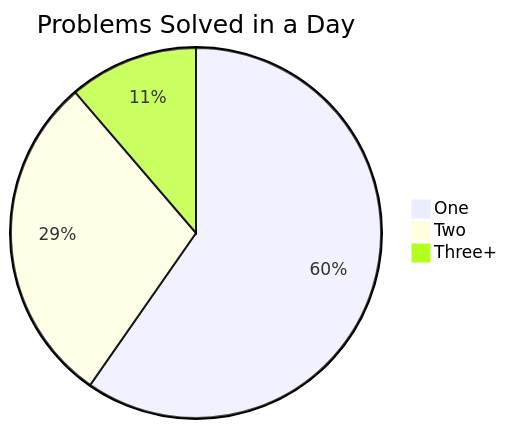
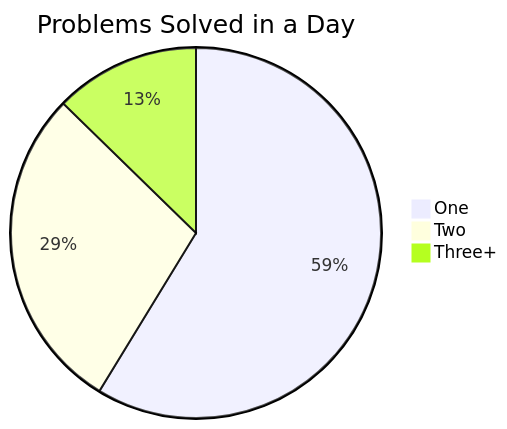
Before and after one commit to Jasjeet-Singh-S/100-days-DSA: the second of 2 diagrams in readme.md, drawn with Mermaid. The commit also changed other lines of this file and 3 other files, not shown here.

````diff
--- a/readme.md
+++ b/readme.md
@@ -25,6 +25,6 @@
 ```mermaid
 pie title Problems Solved in a Day
     "One" : 37
     "Two" : 18
-    "Three+" : 7
+    "Three+" : 8
 ```
````
